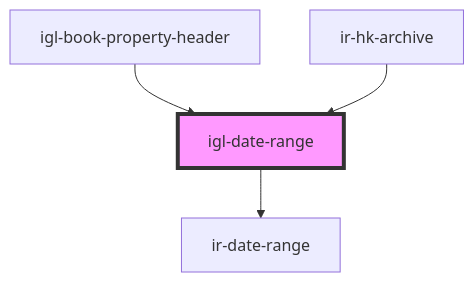
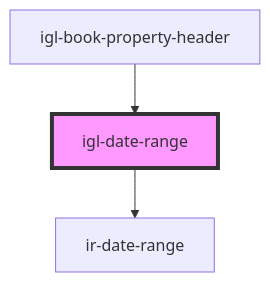
Before and after one commit to David1Chowaifaty/modified-ir-webcmp: the diagram in src/components/igloo-calendar/igl-date-range/readme.md, drawn with Mermaid. The commit also changed other lines of this file and 12 other files, not shown here.

````diff
--- a/src/components/igloo-calendar/igl-date-range/readme.md
+++ b/src/components/igloo-calendar/igl-date-range/readme.md
@@ -41,7 +40,6 @@
 ```mermaid
 graph TD;
   igl-date-range --> ir-date-range
   igl-book-property-header --> igl-date-range
-  ir-hk-archive --> igl-date-range
   style igl-date-range fill:#f9f,stroke:#333,stroke-width:4px
 ```
````
